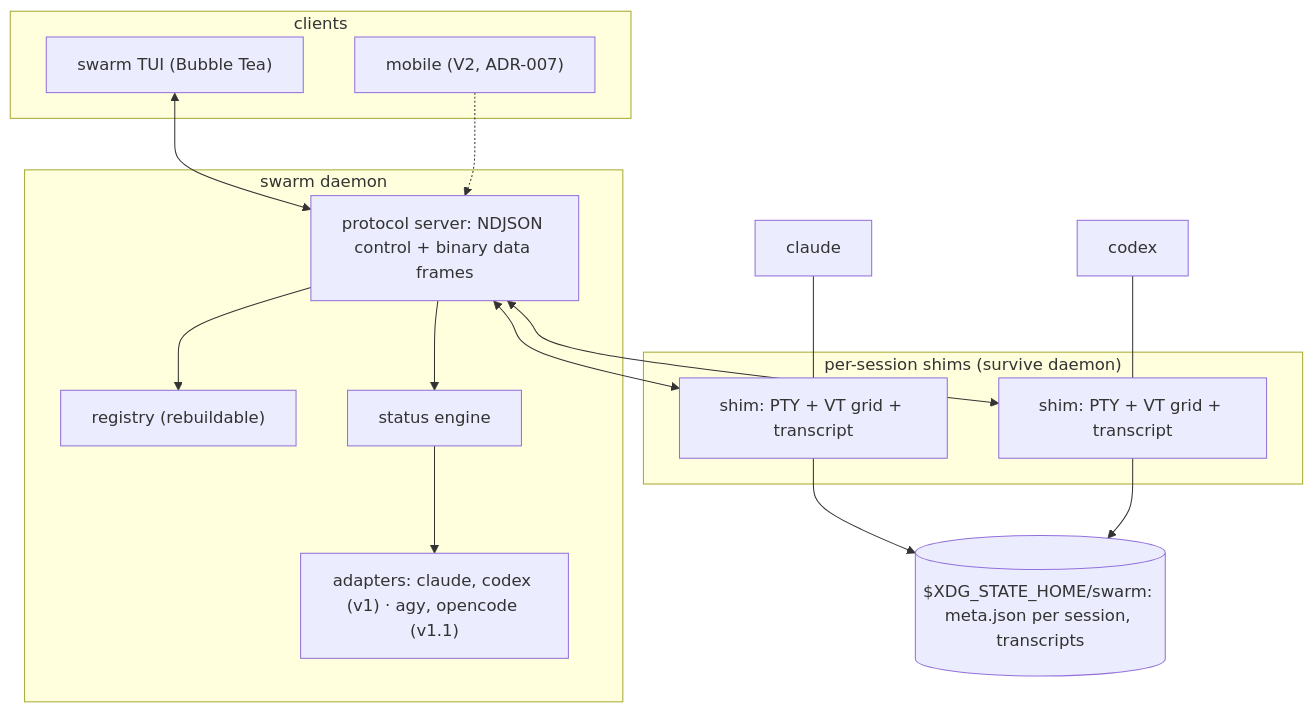
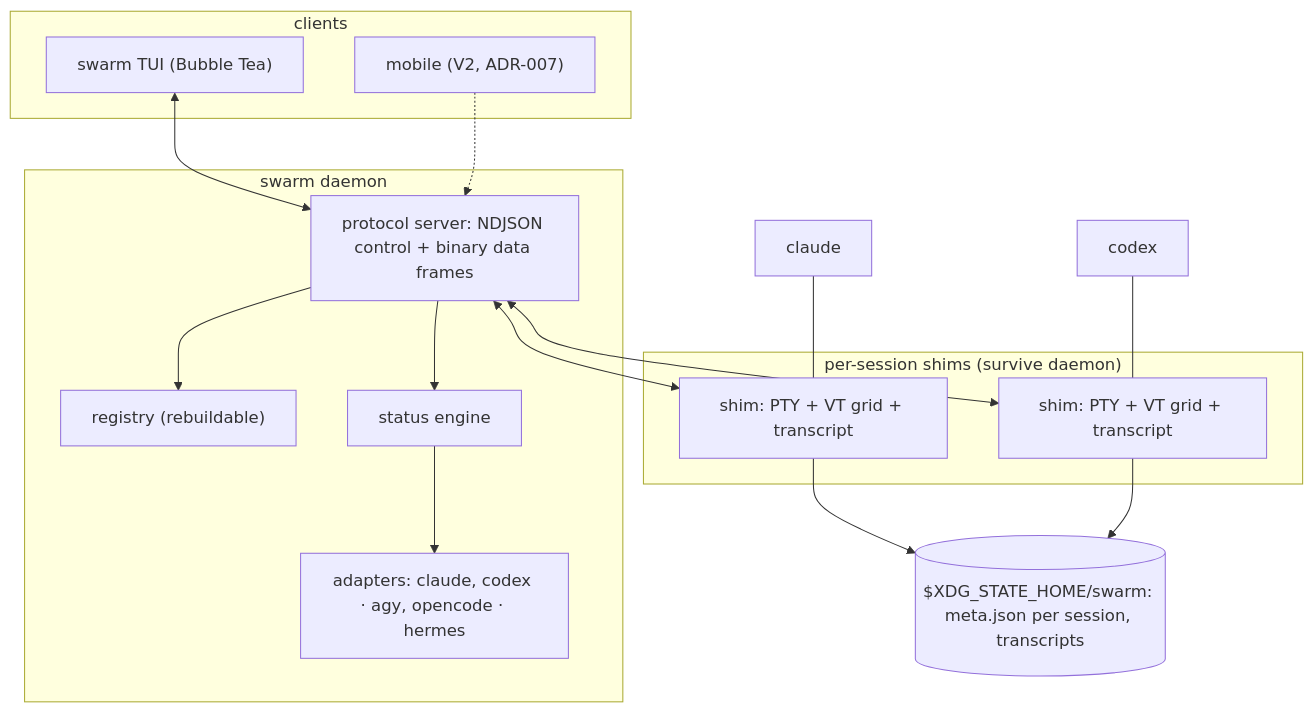
Before and after one commit to Nathandela/swarm: the first of 3 diagrams in docs/specifications/system-spec.md, drawn with Mermaid. The commit also changed other lines of this file and 26 other files, not shown here.

````diff
--- a/docs/specifications/system-spec.md
+++ b/docs/specifications/system-spec.md
@@ -162,25 +162,25 @@
 ```mermaid
 flowchart TB
   subgraph clients["clients"]
     TUI["swarm TUI (Bubble Tea)"]
     MOB["mobile (V2, ADR-007)"]
   end
   subgraph daemon["swarm daemon"]
     API["protocol server: NDJSON control + binary data frames"]
     REG["registry (rebuildable)"]
     DET["status engine"]
-    ADP["adapters: claude, codex (v1) · agy, opencode (v1.1)"]
+    ADP["adapters: claude, codex · agy, opencode · hermes"]
   end
   subgraph shims["per-session shims (survive daemon)"]
     SH1["shim: PTY + VT grid + transcript"]
     SH2["shim: PTY + VT grid + transcript"]
   end
   A1["claude"] --- SH1
   A2["codex"] --- SH2
   TUI <--> API
   MOB -.-> API
   API --> REG & DET
   DET --> ADP
   API <--> SH1 & SH2
   SH1 & SH2 --> DISK[("$XDG_STATE_HOME/swarm: meta.json per session, transcripts")]
 ```
````
